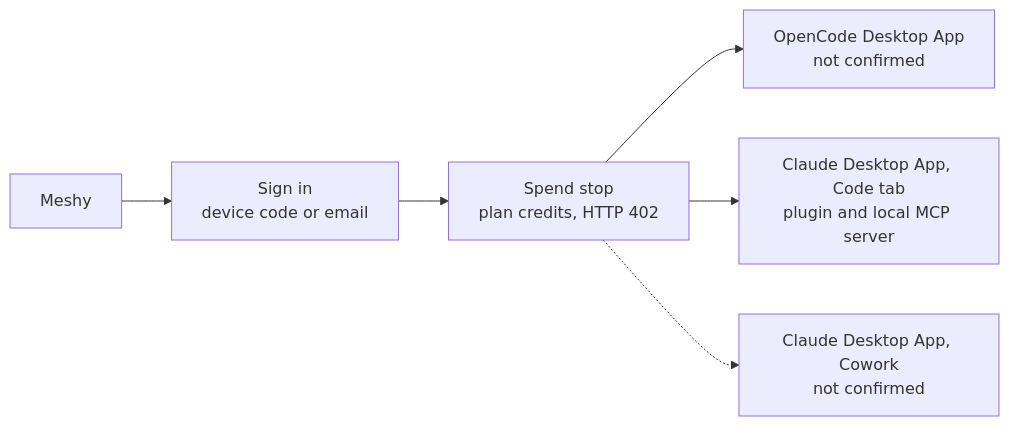
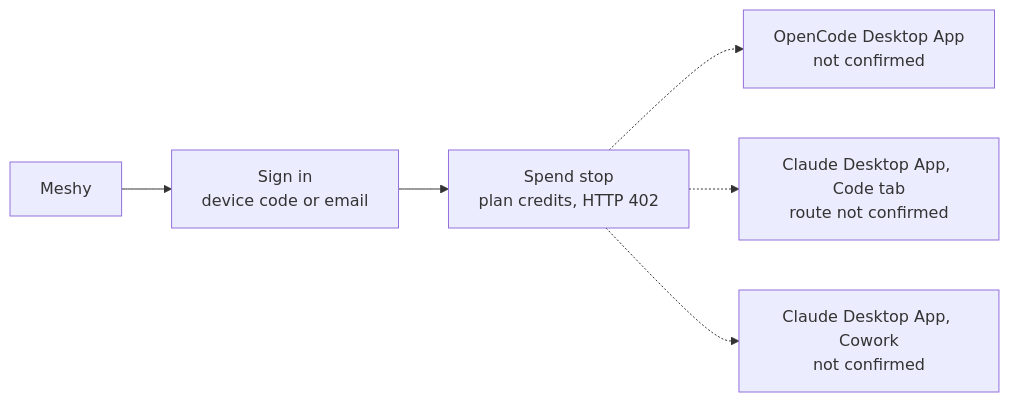
One commit to SoulCraft-Org/compute-crafter changed the diagram in guides/meshy.md. Above: the diagram before and after it, drawn with Mermaid. The commit also changed other lines of this file and 7 other files, not shown here.

````diff
--- a/guides/meshy.md
+++ b/guides/meshy.md
@@ -5,7 +5,7 @@
 ```mermaid
 flowchart LR
   P[Meshy] --> S[Sign in<br/>device code or email] --> G[Spend stop<br/>plan credits, HTTP 402]
-  G --> O[OpenCode Desktop App<br/>not confirmed]
-  G --> C[Claude Desktop App, Code tab<br/>plugin and local MCP server]
+  G -.-> O[OpenCode Desktop App<br/>not confirmed]
+  G -.-> C[Claude Desktop App, Code tab<br/>route not confirmed]
   G -.-> W[Claude Desktop App, Cowork<br/>not confirmed]
 ```
````
